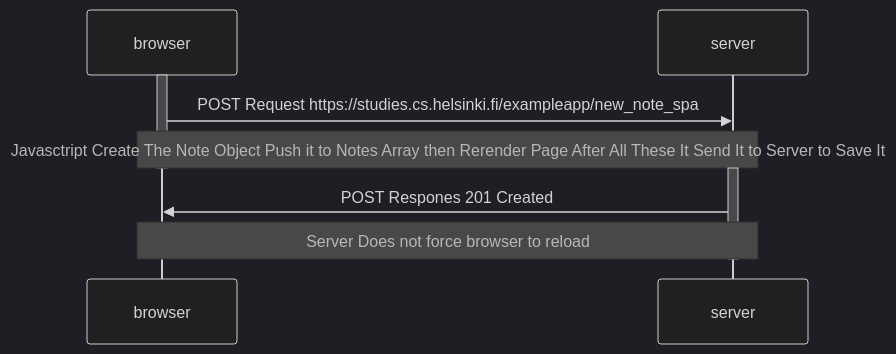
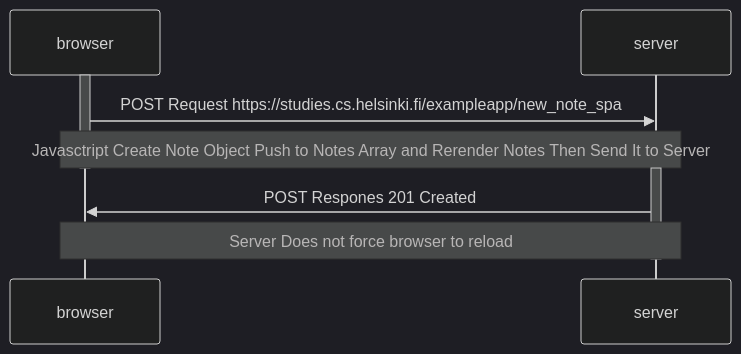
One commit to mostafasafa021/Open-Full-Stack changed the diagram in part-0/0.6 New note in Single page app diagram/README.md. Above: the diagram before and after it, drawn with Mermaid (dark theme).

Commit message:
These Text Killed me

````diff
--- a/part-0/0.6 New note in Single page app diagram/README.md
+++ b/part-0/0.6 New note in Single page app diagram/README.md
@@ -1,13 +1,13 @@
 ```mermaid
 sequenceDiagram;
 participant browser;
 participant server;
 activate browser;
 browser->>server: POST Request https://studies.cs.helsinki.fi/exampleapp/new_note_spa;
-Note over browser,server: Javasctript Create The Note Object Push it to Notes Array then Rerender Page After All These It Send It to Server to Save It
+Note over browser,server: Javasctript Create Note Object Push to Notes Array and Rerender Notes Then Send It to Server
 deactivate browser;
 activate server;
 server->>browser: POST Respones 201 Created;
 Note over server,browser: Server Does not force browser to reload
 deactivate server;
 ```
````
